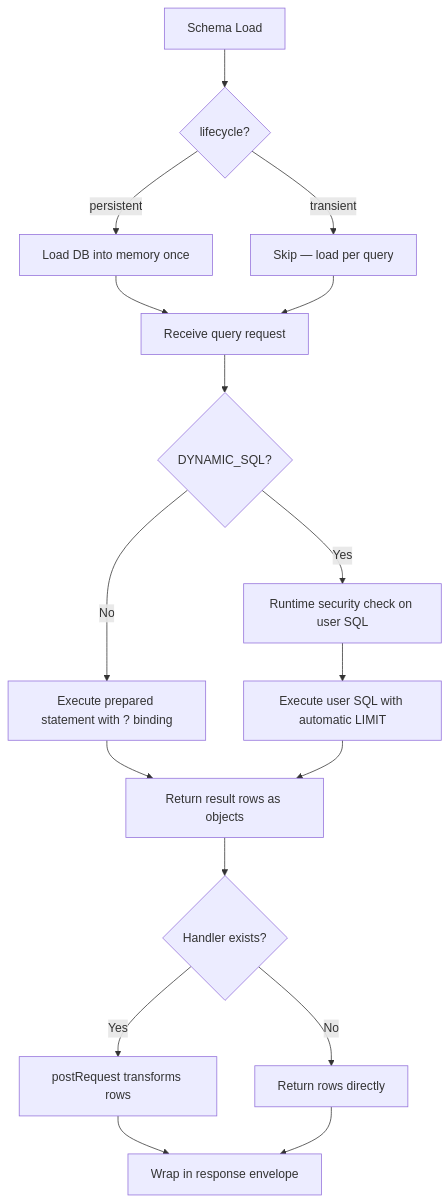
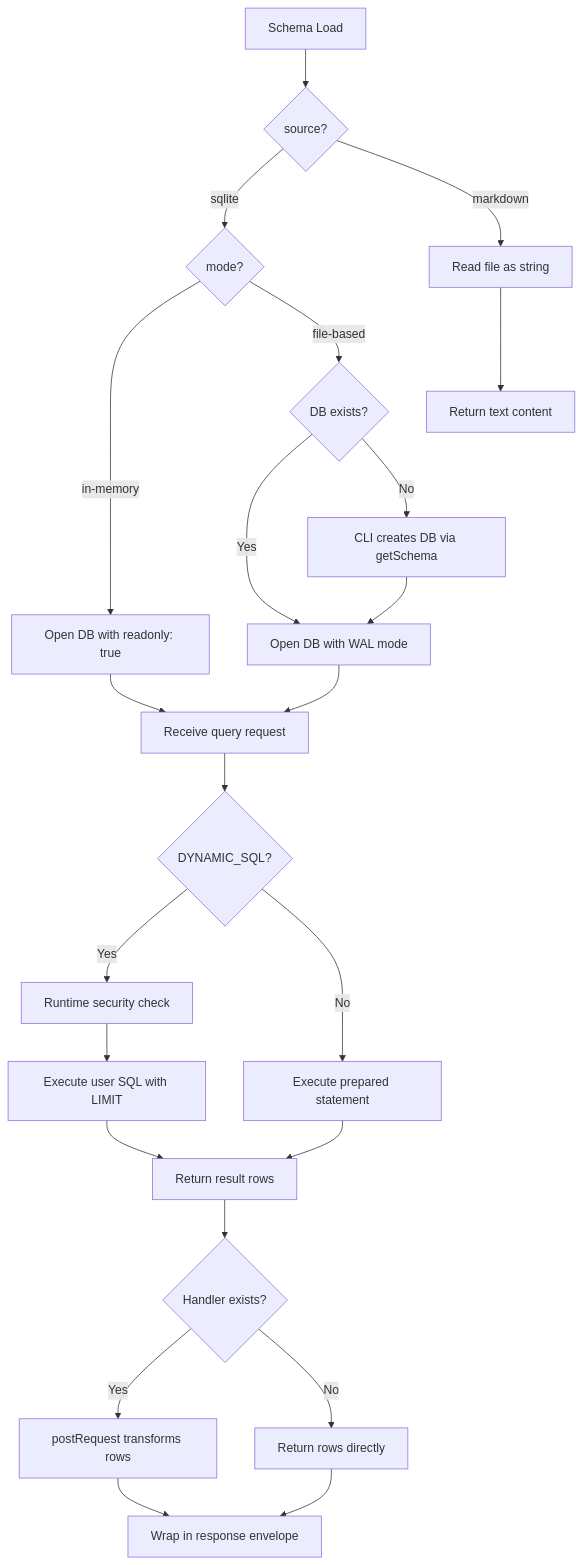
The seventh of 7 diagrams in spec/v3.0.0/13-resources.md (FlowMCP/flowmcp-spec), drawn with Mermaid before and after one commit. The commit also changed other lines of this file and 2 other files, not shown here.

````diff
--- a/spec/v3.0.0/13-resources.md
+++ b/spec/v3.0.0/13-resources.md
@@ -696,19 +833,25 @@
 ```mermaid
 flowchart TD
-    A[Schema Load] --> B{lifecycle?}
-    B -->|persistent| C[Load DB into memory once]
-    B -->|transient| D[Skip — load per query]
-    C --> E[Receive query request]
-    D --> E
-    E --> F{DYNAMIC_SQL?}
-    F -->|Yes| G[Runtime security check on user SQL]
-    F -->|No| H[Execute prepared statement with ? binding]
-    G --> H2[Execute user SQL with automatic LIMIT]
-    H --> I[Return result rows as objects]
-    H2 --> I
-    I --> J{Handler exists?}
-    J -->|Yes| K[postRequest transforms rows]
-    J -->|No| L[Return rows directly]
-    K --> M[Wrap in response envelope]
-    L --> M
+    A[Schema Load] --> B{"source?"}
+    B -->|sqlite| C{"mode?"}
+    B -->|markdown| D[Read file as string]
+    C -->|in-memory| E["Open DB with readonly: true"]
+    C -->|file-based| F{"DB exists?"}
+    F -->|Yes| G["Open DB with WAL mode"]
+    F -->|No| H["CLI creates DB via getSchema"]
+    H --> G
+    E --> I[Receive query request]
+    G --> I
+    I --> J{"DYNAMIC_SQL?"}
+    J -->|Yes| K[Runtime security check]
+    J -->|No| L[Execute prepared statement]
+    K --> M[Execute user SQL with LIMIT]
+    L --> N[Return result rows]
+    M --> N
+    N --> O{"Handler exists?"}
+    O -->|Yes| P[postRequest transforms rows]
+    O -->|No| Q[Return rows directly]
+    P --> R[Wrap in response envelope]
+    Q --> R
+    D --> S[Return text content]
 ```
````
